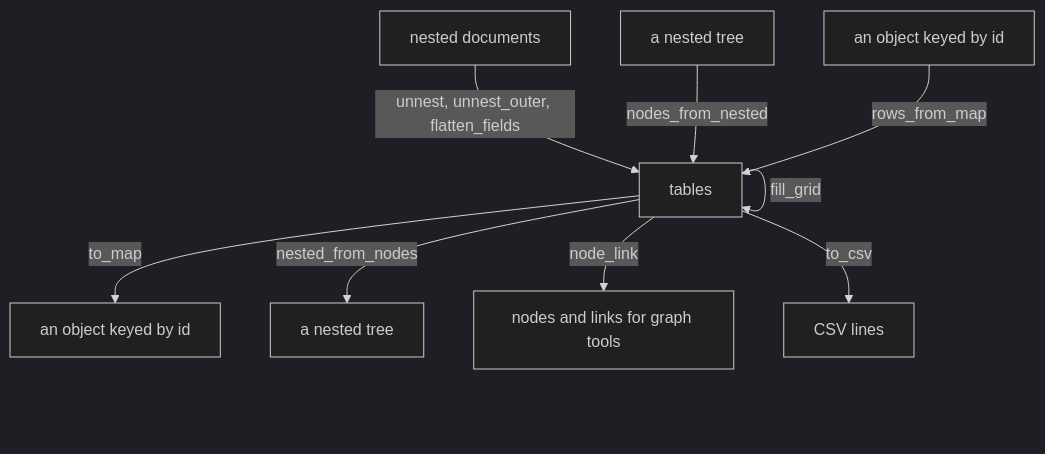
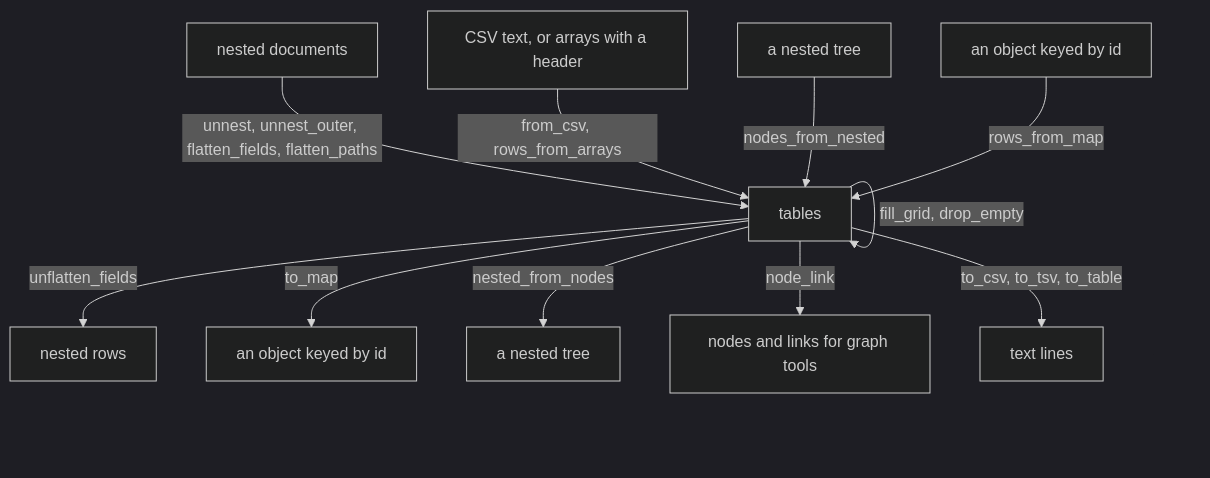
Before and after one commit to kundeng/jq-analytics: the diagram in docs/readout/65-shapes-in-and-out.md, drawn with Mermaid (dark theme). The commit also changed other lines of this file and 46 other files, not shown here.

````diff
--- a/docs/readout/65-shapes-in-and-out.md
+++ b/docs/readout/65-shapes-in-and-out.md
@@ -7,11 +11,13 @@
 ```mermaid
 flowchart TD
-  N[nested documents] -- unnest, unnest_outer, flatten_fields --> T[tables]
+  N[nested documents] -- unnest, unnest_outer, flatten_fields, flatten_paths --> T[tables]
+  CSVIN[CSV text, or arrays with a header] -- from_csv, rows_from_arrays --> T
   NT[a nested tree] -- nodes_from_nested --> T
   M[an object keyed by id] -- rows_from_map --> T
-  T -- fill_grid --> T
+  T -- fill_grid, drop_empty --> T
+  T -- unflatten_fields --> N2[nested rows]
   T -- to_map --> M2[an object keyed by id]
   T -- nested_from_nodes --> NT2[a nested tree]
   T -- node_link --> G[nodes and links for graph tools]
-  T -- to_csv --> C[CSV lines]
+  T -- to_csv, to_tsv, to_table --> C[text lines]
 ```
````
